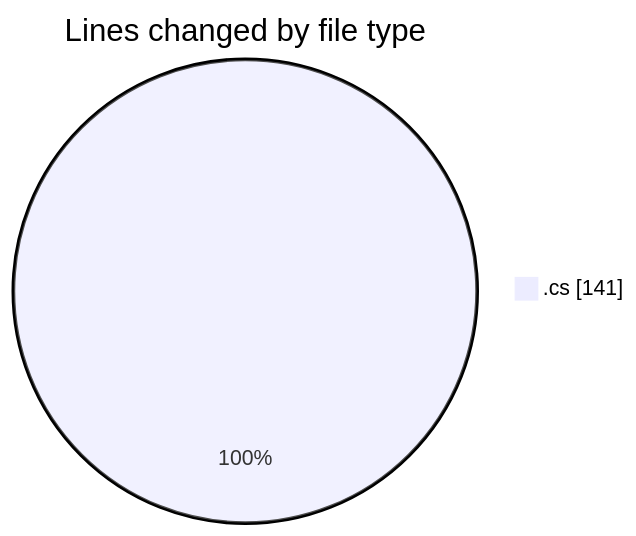
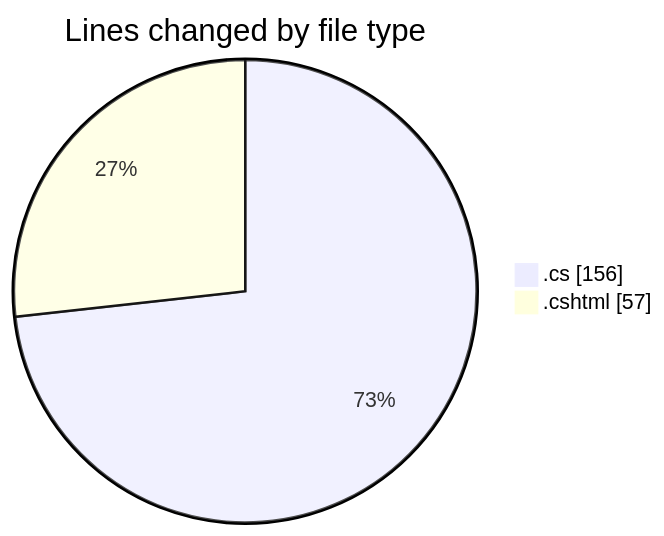
One commit to lephambinh05/code-tracking changed the first of 2 diagrams in 2025-07-22/cnpm/README.md. Above: the diagram before and after it, drawn with Mermaid. The commit also changed other lines of this file and 1 other file, not shown here.

````diff
--- a/2025-07-22/cnpm/README.md
+++ b/2025-07-22/cnpm/README.md
@@ -23,5 +24,6 @@
 ```mermaid
 pie showData
 title Lines changed by file type
-".cs" : 141
+".cs" : 156
+".cshtml" : 57
 ```
````
